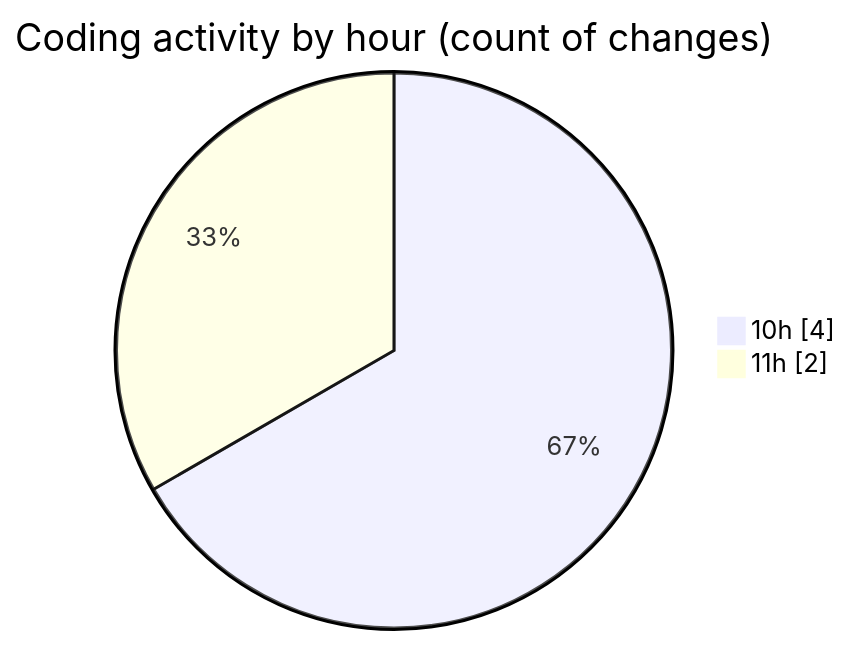
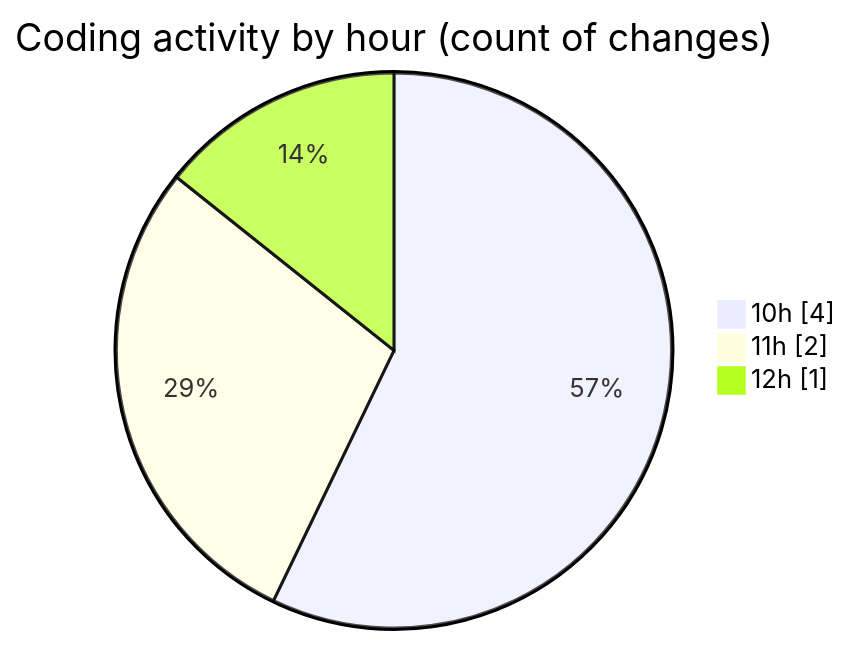
Before and after one commit to trdunsworth/code-tracking: the second of 2 diagrams in 2025-04-23/synth_911data_gen/README.md, drawn with Mermaid. The commit also changed other lines of this file and 1 other file, not shown here.

````diff
--- a/2025-04-23/synth_911data_gen/README.md
+++ b/2025-04-23/synth_911data_gen/README.md
@@ -28,6 +28,7 @@
 ```mermaid
 pie showData
 title Coding activity by hour (count of changes)
 "10h" : 4
 "11h" : 2
+"12h" : 1
 ```
````
